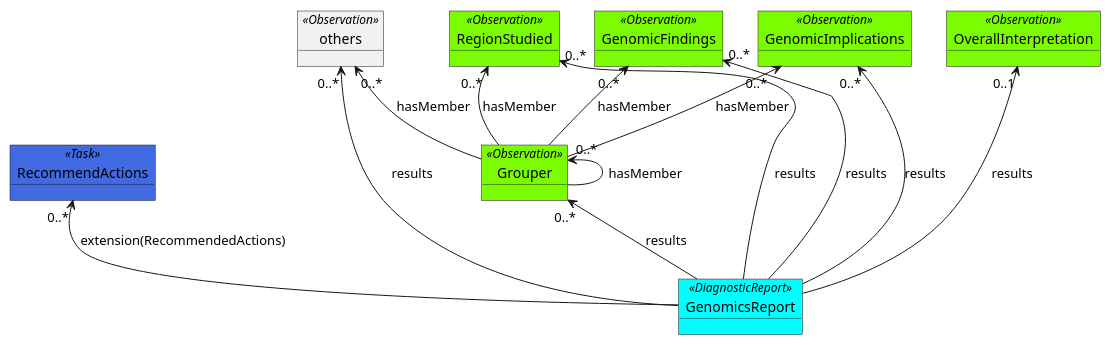
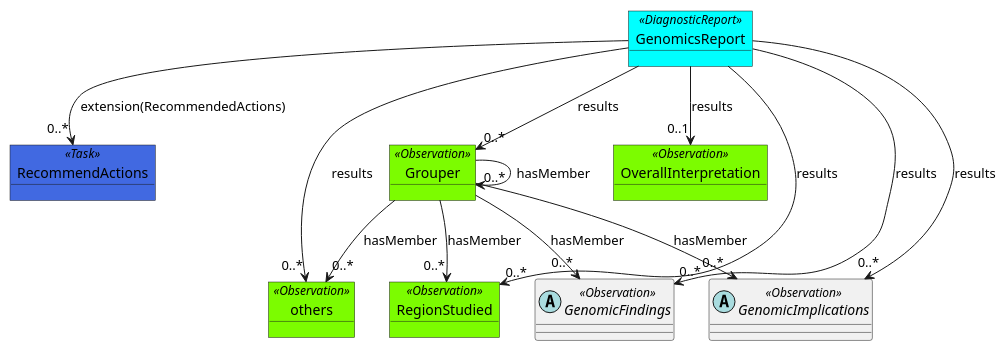
One commit to HL7/genomics-reporting changed the diagram in input/images-source/general-report-overview.plantuml. Above: the diagram before and after it, drawn with PlantUML. The commit also changed 2 other files, not shown here.

Commit message:
Additional PlantUML diagrams
NOTE - These will be reverted, but wanted to commit these changes in case we ever want to come back to them.

```diff
--- a/input/images-source/general-report-overview.plantuml
+++ b/input/images-source/general-report-overview.plantuml
@@ -1,28 +1,35 @@
 @@startuml
+
+skinparam object {
+    BackgroundColor<<Observation>> LawnGreen
+    BackgroundColor<<DiagnosticReport>> Aqua
+    BackgroundColor<<ServiceRequest>> LightSalmon
+    BackgroundColor<<Task>> DeepSkyBlue
+}
 
 object GenomicsReport << DiagnosticReport >> #Aqua
 together {
-    object Grouper << Observation >> #LawnGreen
-    object OverallInterpretation << Observation >> #LawnGreen
-    object RegionStudied << Observation >> #LawnGreen
-    object GenomicFindings << Observation >> #LawnGreen
-    object GenomicImplications << Observation >> #LawnGreen
+    object Grouper << Observation >>
+    object OverallInterpretation << Observation >>
+    object RegionStudied << Observation >>
+    abstract GenomicFindings << Observation >>
+    abstract GenomicImplications << Observation >>
 }
 object RecommendActions << Task >> #RoyalBlue
 object others << Observation >>
 
-Grouper "0..*" <-- GenomicsReport : "results"
-OverallInterpretation "0..1" <-- GenomicsReport : "results"
-GenomicFindings "0..*" <-- GenomicsReport : "results"
-GenomicImplications "0..*" <-- GenomicsReport : "results"
-RegionStudied "0..*" <-- GenomicsReport : "results"
-RecommendActions "0..*" <-- GenomicsReport : "extension(RecommendedActions)"
-others "0..*" <-- GenomicsReport : "results"
+GenomicsReport --> "0..*" Grouper : "results"
+GenomicsReport --> "0..1" OverallInterpretation : "results"
+GenomicsReport --> "0..*" GenomicFindings : "results"
+GenomicsReport --> "0..*" GenomicImplications : "results"
+GenomicsReport --> "0..*" RegionStudied : "results"
+GenomicsReport --> "0..*" RecommendActions : "extension(RecommendedActions)"
+GenomicsReport --> "0..*" others : "results"
 
-Grouper "0..*" <-- Grouper : "hasMember"
-GenomicFindings "0..*" <-- Grouper : "hasMember"
-GenomicImplications "0..*" <-- Grouper : "hasMember"
-RegionStudied "0..*" <-- Grouper : "hasMember"
-others "0..*" <-- Grouper : "hasMember"
+Grouper --> "0..*" Grouper : "hasMember"
+Grouper --> "0..*" GenomicFindings : "hasMember"
+Grouper --> "0..*" GenomicImplications : "hasMember"
+Grouper --> "0..*" RegionStudied : "hasMember"
+Grouper --> "0..*" others : "hasMember"
 
 @@enduml
```
